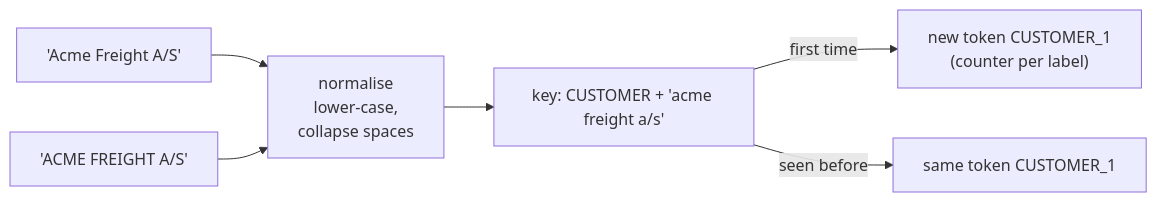
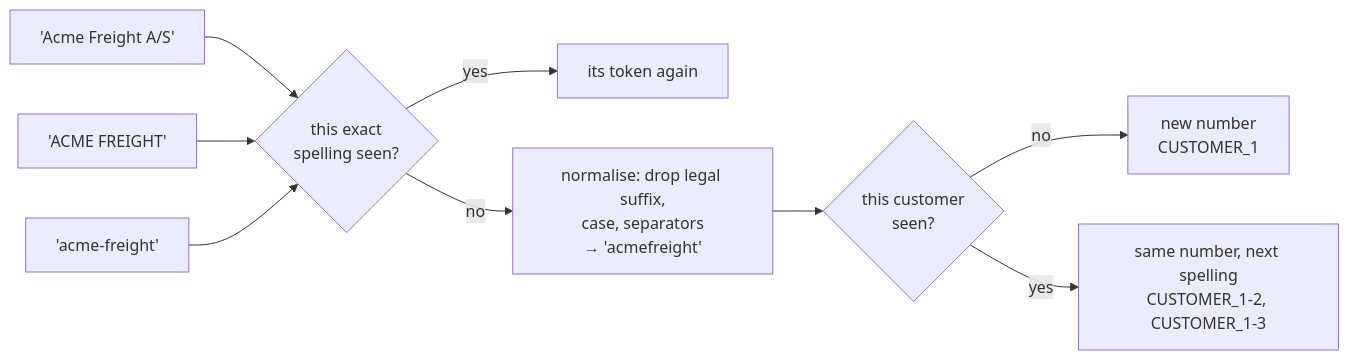
One commit to majidkabir/customer-mask changed the third of 5 diagrams in docs/how-it-works.md. Above: the diagram before and after it, drawn with Mermaid. The commit also changed other lines of this file and 7 other files, not shown here.

First line of the commit message:
Match customer name variants; restore every spelling exactly

````diff
--- a/docs/how-it-works.md
+++ b/docs/how-it-works.md
@@ -123,8 +123,11 @@
 ```mermaid
 flowchart LR
-    A["'Acme Freight A/S'"] --> N1["normalise<br/>lower-case,<br/>collapse spaces"]
-    B["'ACME FREIGHT  A/S'"] --> N1
-    N1 --> K["key: CUSTOMER + 'acme freight a/s'"]
-    K -->|first time| T["new token CUSTOMER_1<br/>(counter per label)"]
-    K -->|seen before| T2["same token CUSTOMER_1"]
+    A["'Acme Freight A/S'"] --> F{"this exact<br/>spelling seen?"}
+    B["'ACME FREIGHT'"] --> F
+    C["'acme-freight'"] --> F
+    F -->|yes| S["its token again"]
+    F -->|no| N["normalise: drop legal suffix,<br/>case, separators<br/>→ 'acmefreight'"]
+    N --> E{"this customer<br/>seen?"}
+    E -->|no| T1["new number<br/>CUSTOMER_1"]
+    E -->|yes| T2["same number, next spelling<br/>CUSTOMER_1-2, CUSTOMER_1-3"]
 ```
````
